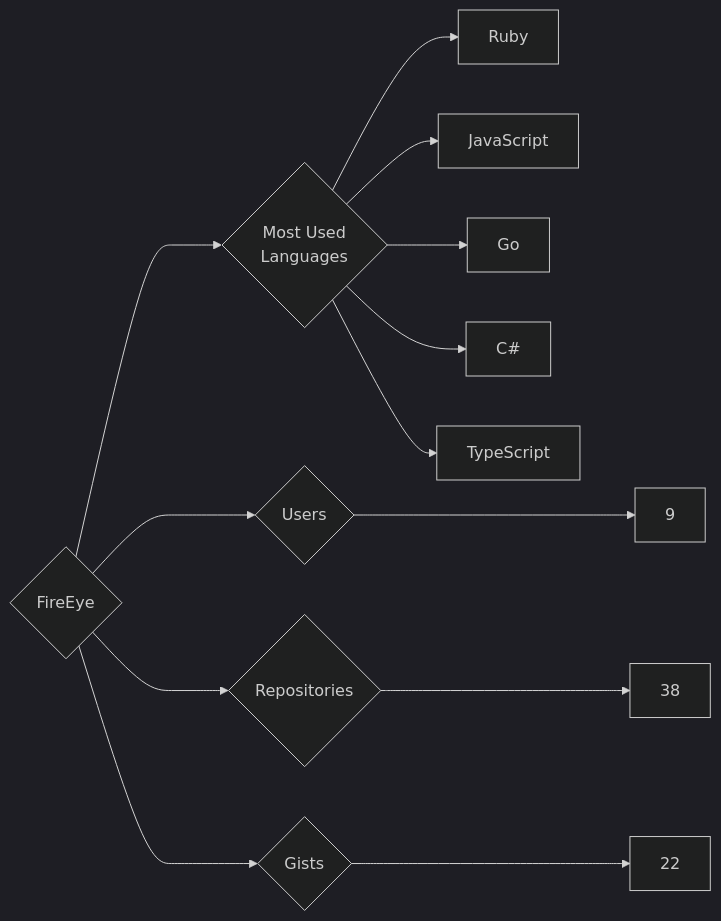
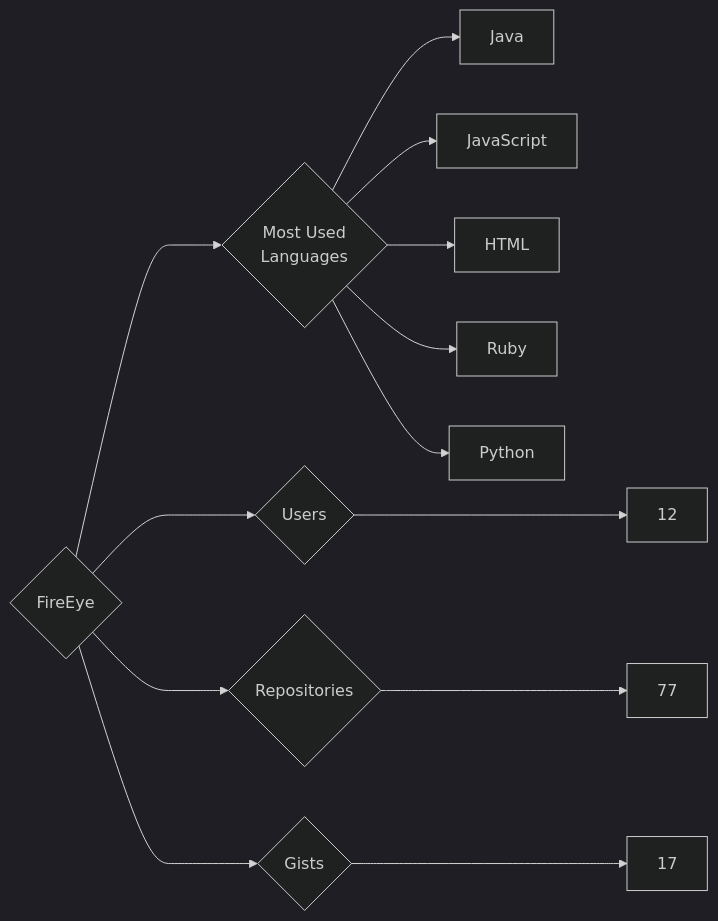
Before and after one commit to trickest/insiders: the diagram in targets/FireEye/README.md, drawn with Mermaid (dark theme). The commit also changed 757 other files, not shown here.

````diff
--- a/targets/FireEye/README.md
+++ b/targets/FireEye/README.md
@@ -3,13 +3,13 @@
 ```mermaid
 graph LR
 COMPANY_NAME{FireEye}
-COMPANY_NAME ---> U{Users} ---> UN[9]
-COMPANY_NAME ---> R{Repositories} ---> RN[38]
-COMPANY_NAME ---> G{Gists} ---> GN[22]
+COMPANY_NAME ---> U{Users} ---> UN[12]
+COMPANY_NAME ---> R{Repositories} ---> RN[77]
+COMPANY_NAME ---> G{Gists} ---> GN[17]
 COMPANY_NAME ---> ML{Most Used<br>Languages}
+ML --> Java[Java]
+ML --> JavaScript[JavaScript]
+ML --> HTML[HTML]
 ML --> Ruby[Ruby]
-ML --> JavaScript[JavaScript]
-ML --> Go[Go]
-ML --> C#[C#]
-ML --> TypeScript[TypeScript]
+ML --> Python[Python]
 ```
````
